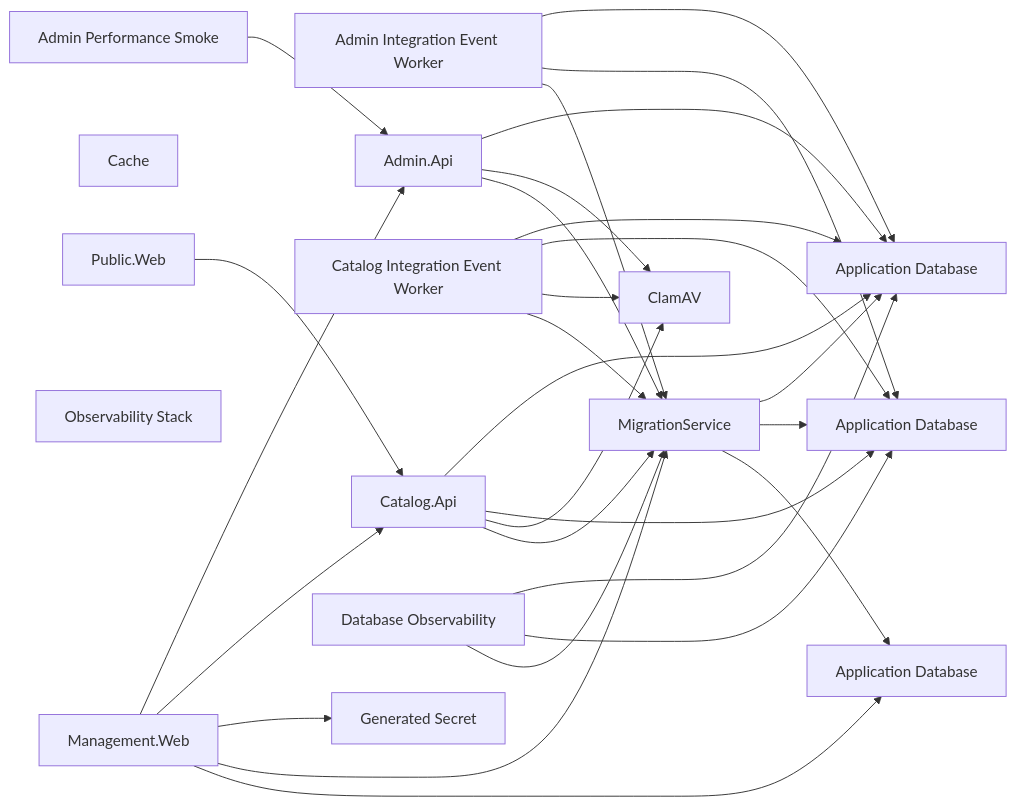
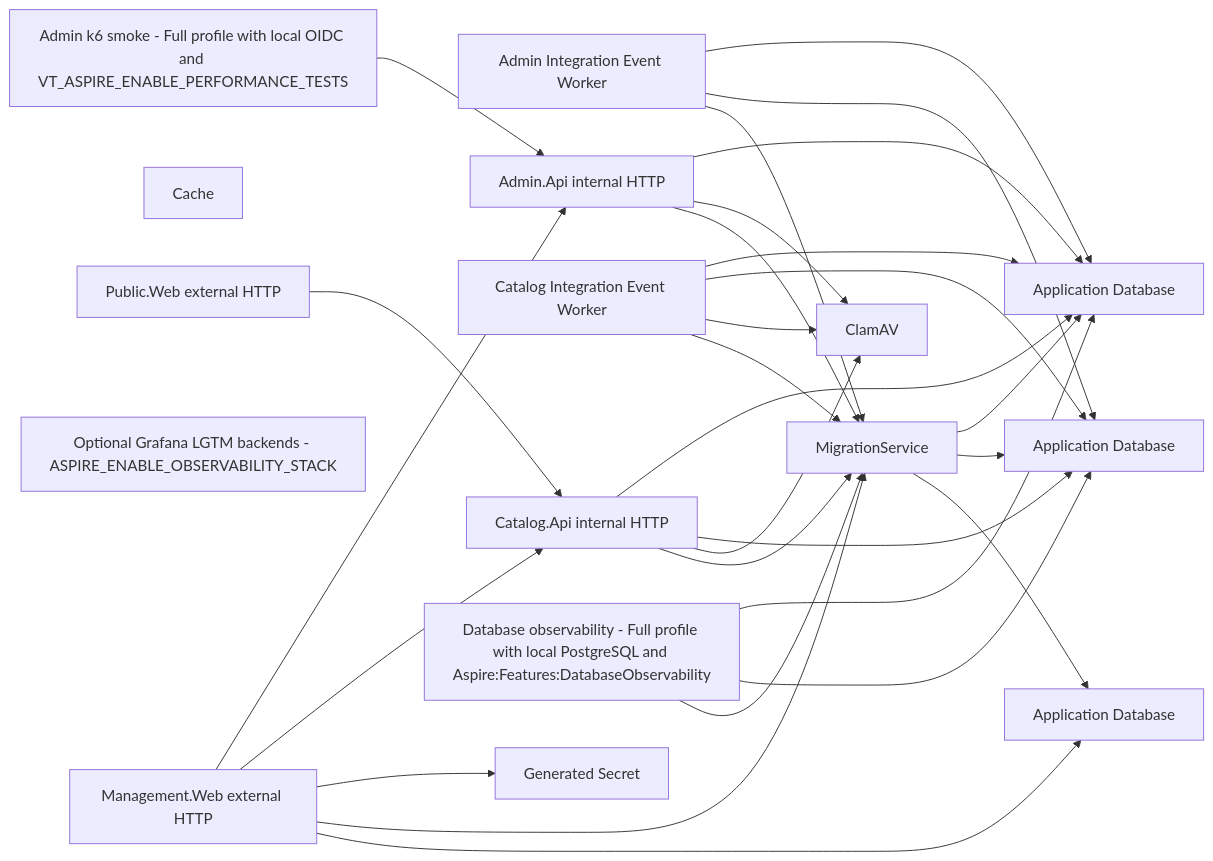
The first of 2 diagrams in docs/architecture/runtime-wiring-and-deployment.md (danigutsch/ViajantesTurismo), drawn with Mermaid before and after one commit. The commit also changed other lines of this file and 56 other files, not shown here.

Commit message:
feat(architecture): generate metadata and verify tool boundaries

````diff
--- a/docs/architecture/runtime-wiring-and-deployment.md
+++ b/docs/architecture/runtime-wiring-and-deployment.md
@@ -21,46 +23,46 @@
 ```mermaid
 flowchart LR
     AdminIntegrationEventWorker[Admin Integration Event Worker]
-    AdminPerformanceSmoke[Admin Performance Smoke]
-    adminApi[Admin.Api]
+    AdminPerformanceSmoke[Admin k6 smoke - Full profile with local OIDC and VT_ASPIRE_ENABLE_PERFORMANCE_TESTS]
+    adminApi[Admin.Api internal HTTP]
     adminDatabase[Application Database]
     catalogDatabase[Application Database]
     securityDatabase[Application Database]
     Cache[Cache]
     CatalogIntegrationEventWorker[Catalog Integration Event Worker]
-    catalogApi[Catalog.Api]
+    catalogApi[Catalog.Api internal HTTP]
     clamAv[ClamAV]
-    DatabaseObservability[Database Observability]
+    DatabaseObservability[Database observability - Full profile with local PostgreSQL and Aspire:Features:DatabaseObservability]
     managementWebClientSecret[Generated Secret]
-    ManagementWeb[Management.Web]
+    ManagementWeb[Management.Web external HTTP]
     migrationService[MigrationService]
-    ObservabilityStack[Observability Stack]
-    PublicWeb[Public.Web]
+    ObservabilityStack[Optional Grafana LGTM backends - ASPIRE_ENABLE_OBSERVABILITY_STACK]
+    PublicWeb[Public.Web external HTTP]
     AdminIntegrationEventWorker --> adminDatabase
     AdminIntegrationEventWorker --> catalogDatabase
     AdminIntegrationEventWorker --> migrationService
     AdminPerformanceSmoke --> adminApi
     CatalogIntegrationEventWorker --> adminDatabase
     CatalogIntegrationEventWorker --> catalogDatabase
     CatalogIntegrationEventWorker --> clamAv
     CatalogIntegrationEventWorker --> migrationService
     DatabaseObservability --> adminDatabase
     DatabaseObservability --> catalogDatabase
     DatabaseObservability --> migrationService
     ManagementWeb --> adminApi
     ManagementWeb --> catalogApi
     ManagementWeb --> managementWebClientSecret
     ManagementWeb --> migrationService
     ManagementWeb --> securityDatabase
     PublicWeb --> catalogApi
     adminApi --> adminDatabase
     adminApi --> clamAv
     adminApi --> migrationService
     catalogApi --> adminDatabase
     catalogApi --> catalogDatabase
     catalogApi --> clamAv
     catalogApi --> migrationService
     migrationService --> adminDatabase
     migrationService --> catalogDatabase
     migrationService --> securityDatabase
 ```
````
